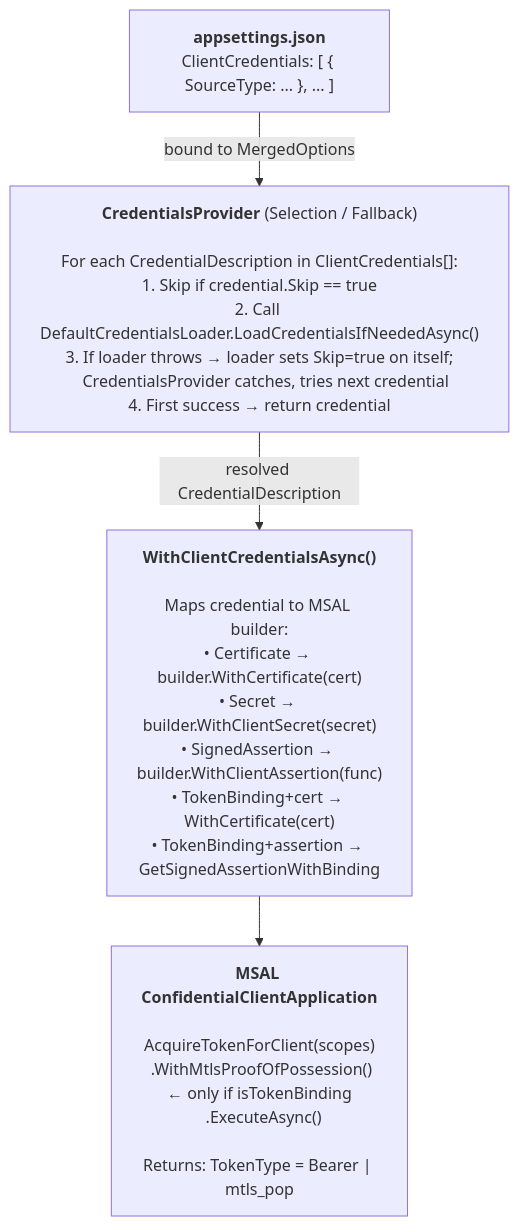
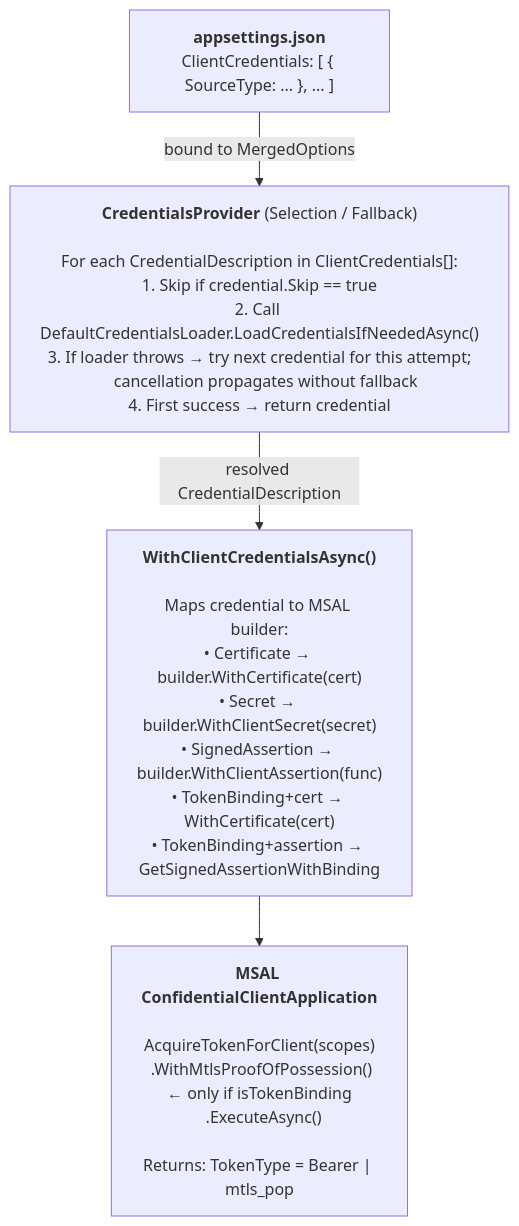
Before and after one commit to AzureAD/microsoft-identity-web: the first of 4 diagrams in docs/design/credential-architecture.md, drawn with Mermaid. The commit also changed other lines of this file and 4 other files, not shown here.

````diff
--- a/docs/design/credential-architecture.md
+++ b/docs/design/credential-architecture.md
@@ -13,16 +13,16 @@
 ```mermaid
 flowchart TD
     Config["<b>appsettings.json</b><br/>ClientCredentials: [ { SourceType: ... }, ... ]"]
     
     Config -->|"bound to MergedOptions"| Provider
 
-    Provider["<b>CredentialsProvider</b> (Selection / Fallback)<br/><br/>For each CredentialDescription in ClientCredentials[]:<br/>1. Skip if credential.Skip == true<br/>2. Call DefaultCredentialsLoader.LoadCredentialsIfNeededAsync()<br/>3. If loader throws → loader sets Skip=true on itself;<br/>&nbsp;&nbsp;&nbsp;CredentialsProvider catches, tries next credential<br/>4. First success → return credential"]
+    Provider["<b>CredentialsProvider</b> (Selection / Fallback)<br/><br/>For each CredentialDescription in ClientCredentials[]:<br/>1. Skip if credential.Skip == true<br/>2. Call DefaultCredentialsLoader.LoadCredentialsIfNeededAsync()<br/>3. If loader throws → try next credential for this attempt;<br/>&nbsp;&nbsp;&nbsp;cancellation propagates without fallback<br/>4. First success → return credential"]
 
     Provider -->|"resolved CredentialDescription"| Wiring
 
     Wiring["<b>WithClientCredentialsAsync()</b><br/><br/>Maps credential to MSAL builder:<br/>• Certificate → builder.WithCertificate(cert)<br/>• Secret → builder.WithClientSecret(secret)<br/>• SignedAssertion → builder.WithClientAssertion(func)<br/>• TokenBinding+cert → WithCertificate(cert)<br/>• TokenBinding+assertion → GetSignedAssertionWithBinding"]
 
     Wiring --> MSAL
 
     MSAL["<b>MSAL ConfidentialClientApplication</b><br/><br/>AcquireTokenForClient(scopes)<br/>&nbsp;&nbsp;.WithMtlsProofOfPossession() ← only if isTokenBinding<br/>&nbsp;&nbsp;.ExecuteAsync()<br/><br/>Returns: TokenType = Bearer | mtls_pop"]
 ```
````
